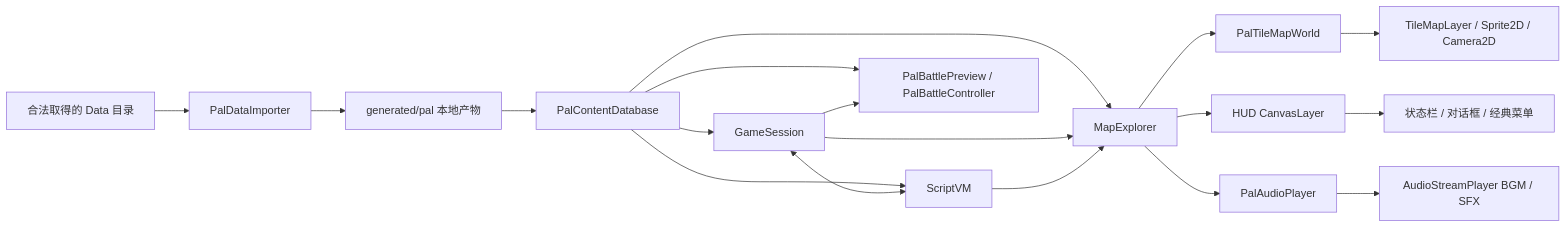
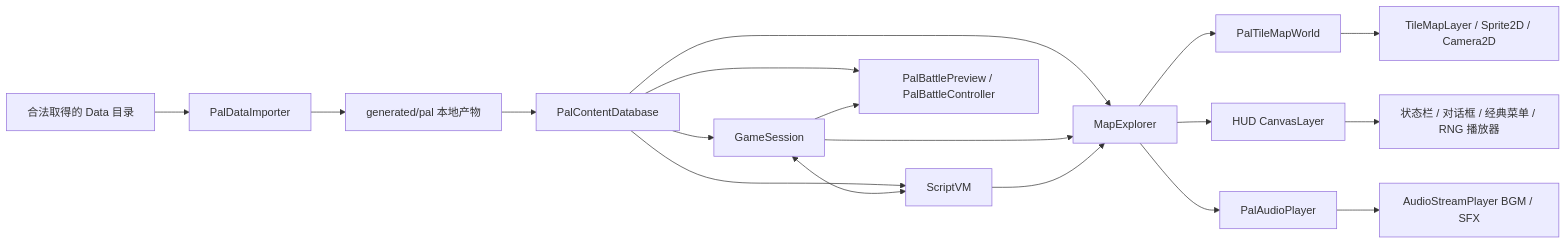
One commit to 1xuanyuan1/sword-godot changed the first of 2 diagrams in docs/ARCHITECTURE.md. Above: the diagram before and after it, drawn with Mermaid. The commit also changed other lines of this file and 17 other files, not shown here.

````diff
--- a/docs/ARCHITECTURE.md
+++ b/docs/ARCHITECTURE.md
@@ -5,20 +5,20 @@
 ```mermaid
 flowchart LR
     A[合法取得的 Data 目录] --> B[PalDataImporter]
     B --> C[generated/pal 本地产物]
     C --> D[PalContentDatabase]
     D --> E[GameSession]
     D --> F[ScriptVM]
     E <--> F
     D --> G[MapExplorer]
     D --> O[PalBattlePreview / PalBattleController]
     E --> O
     E --> G
     F --> G
     G --> H[PalTileMapWorld]
     G --> I[HUD CanvasLayer]
-    I --> K[状态栏 / 对话框 / 经典菜单]
+    I --> K[状态栏 / 对话框 / 经典菜单 / RNG 播放器]
     H --> J[TileMapLayer / Sprite2D / Camera2D]
     G --> L[PalAudioPlayer]
     L --> N[AudioStreamPlayer BGM / SFX]
 ```
````
